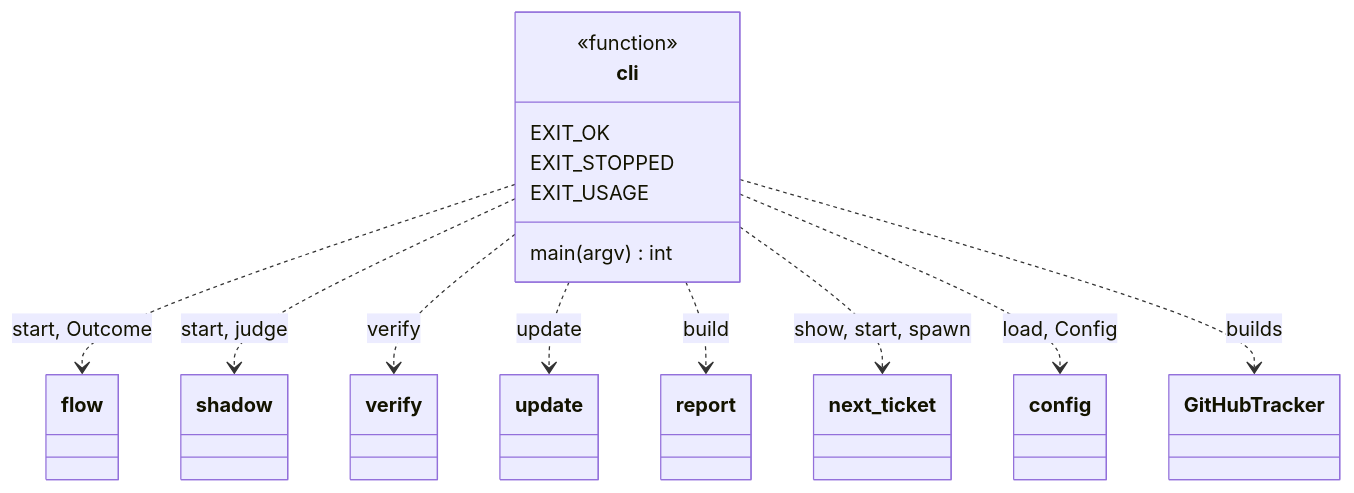
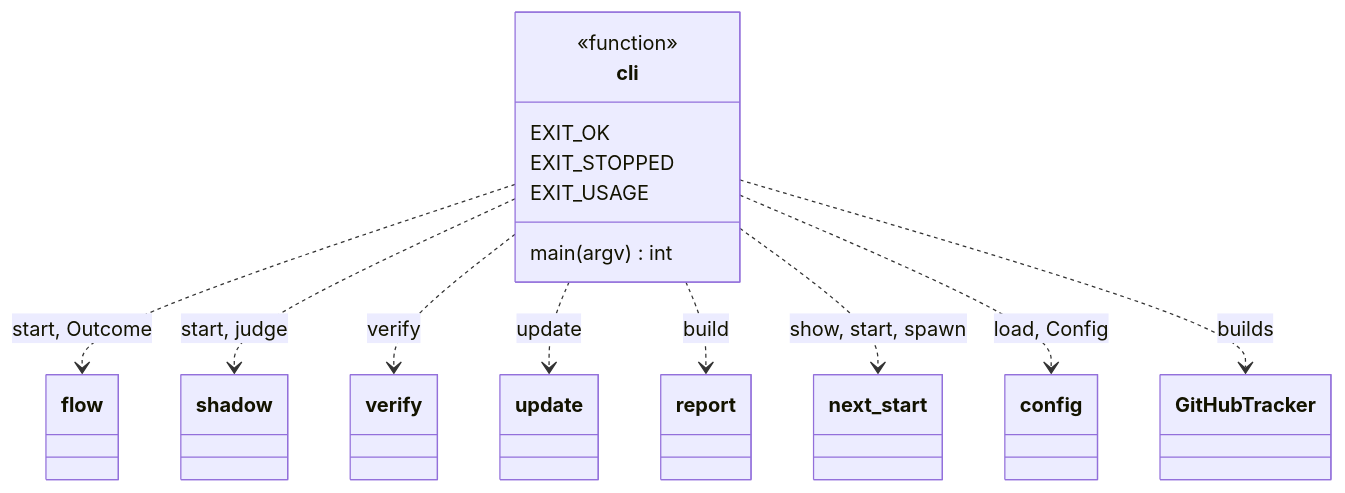
Before and after one commit to plaplanche/ariane: the second of 3 diagrams in docs/architecture/modules/cli.md, drawn with Mermaid. The commit also changed other lines of this file and 27 other files, not shown here.

````diff
--- a/docs/architecture/modules/cli.md
+++ b/docs/architecture/modules/cli.md
@@ -59,26 +59,26 @@
 ```mermaid
 classDiagram
 class cli {
   <<function>>
   main(argv) int
   EXIT_OK
   EXIT_STOPPED
   EXIT_USAGE
 }
 class flow
 class shadow
 class verify
 class update
 class report
-class next_ticket
+class next_start
 class config
 class GitHubTracker
 cli ..> flow : start, Outcome
 cli ..> shadow : start, judge
 cli ..> verify : verify
 cli ..> update : update
 cli ..> report : build
-cli ..> next_ticket : show, start, spawn
+cli ..> next_start : show, start, spawn
 cli ..> config : load, Config
 cli ..> GitHubTracker : builds
 ```
````
